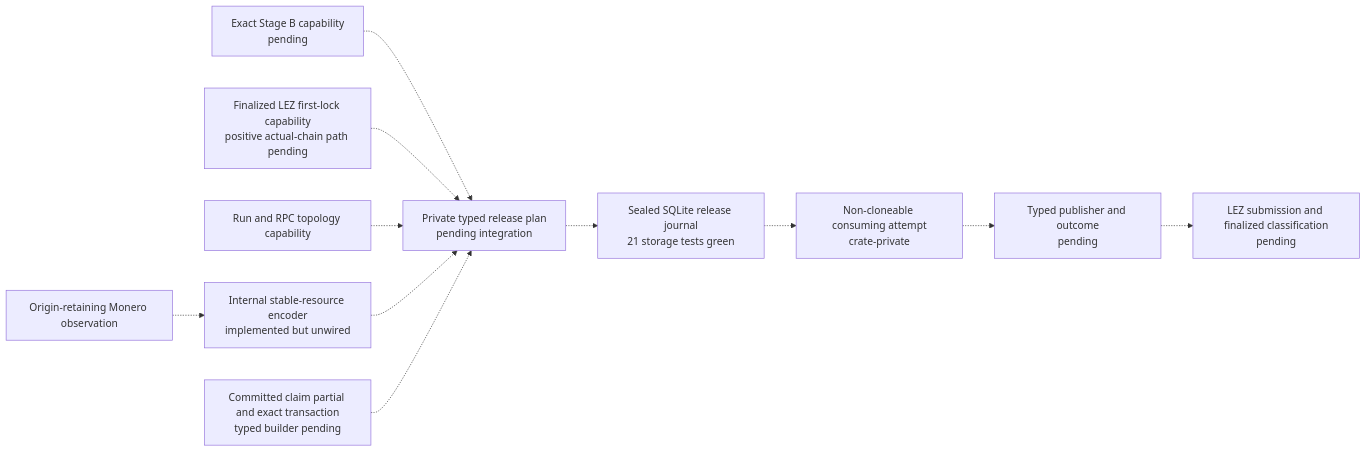
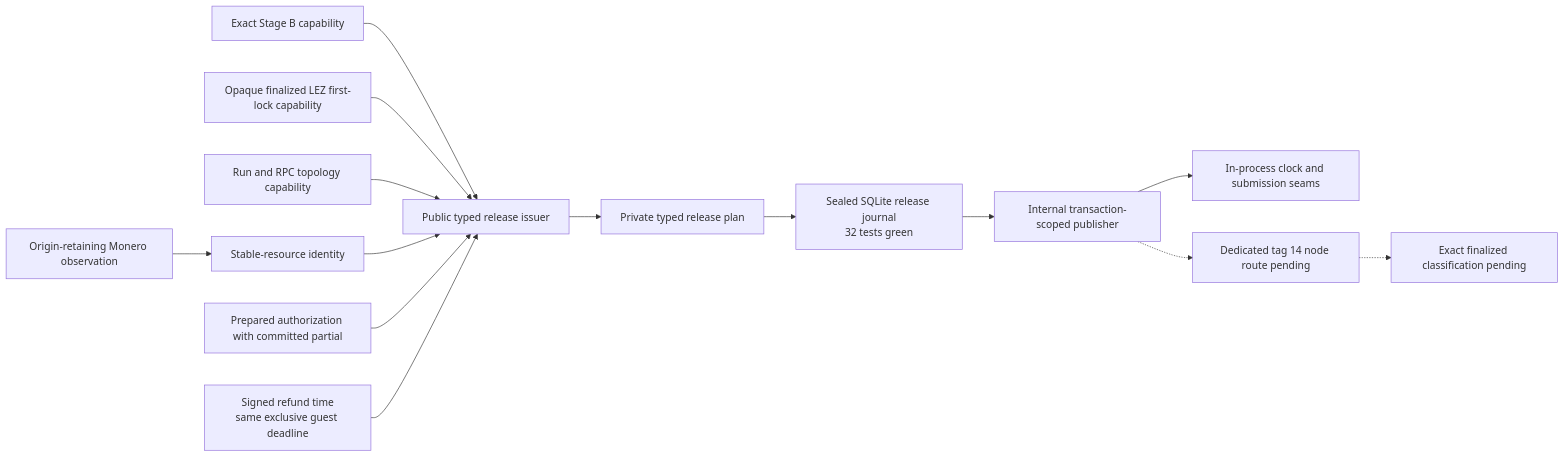
One commit to gateway-fm/lez-atomic-swaps changed the first of 2 diagrams in docs/architecture/0060-seal-xmr-release-journal-until-typed-integration.md. Above: the diagram before and after it, drawn with Mermaid. The commit also changed other lines of this file and 21 other files, not shown here.

Commit message:
feat(m4): bind XMR release to opaque evidence

````diff
--- a/docs/architecture/0060-seal-xmr-release-journal-until-typed-integration.md
+++ b/docs/architecture/0060-seal-xmr-release-journal-until-typed-integration.md
@@ -43,13 +45,16 @@
 ```mermaid
 flowchart LR
-    StageB["Exact Stage B capability<br/>pending"] -.-> Plan["Private typed release plan<br/>pending integration"]
-    LezLock["Finalized LEZ first-lock capability<br/>positive actual-chain path pending"] -.-> Plan
-    Topology["Run and RPC topology capability"] -.-> Plan
-    Observation["Origin-retaining Monero observation"] -.-> Encoder["Internal stable-resource encoder<br/>implemented but unwired"]
-    Encoder -.-> Plan
-    Hidden["Committed claim partial and exact transaction<br/>typed builder pending"] -.-> Plan
-    Plan -.-> Store["Sealed SQLite release journal<br/>21 storage tests green"]
-    Store -.-> Attempt["Non-cloneable consuming attempt<br/>crate-private"]
-    Attempt -.-> Publisher["Typed publisher and outcome<br/>pending"]
-    Publisher -.-> Chain["LEZ submission and finalized classification<br/>pending"]
+    StageB["Exact Stage B capability"] --> Issuer["Public typed release issuer"]
+    LezLock["Opaque finalized LEZ first-lock capability"] --> Issuer
+    Topology["Run and RPC topology capability"] --> Issuer
+    Observation["Origin-retaining Monero observation"] --> Encoder["Stable-resource identity"]
+    Encoder --> Issuer
+    Hidden["Prepared authorization with committed partial"] --> Issuer
+    Deadline["Signed refund time<br/>same exclusive guest deadline"] --> Issuer
+    Issuer --> Plan["Private typed release plan"]
+    Plan --> Store["Sealed SQLite release journal<br/>32 tests green"]
+    Store --> Publisher["Internal transaction-scoped publisher"]
+    Publisher --> TestTransport["In-process clock and submission seams"]
+    Publisher -.-> Node["Dedicated tag 14 node route pending"]
+    Node -.-> Chain["Exact finalized classification pending"]
 ```
````
